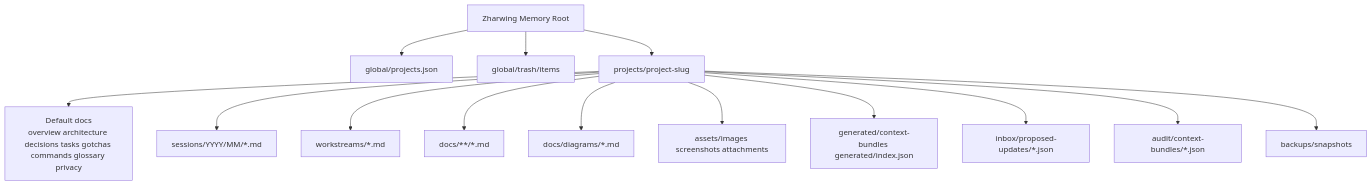
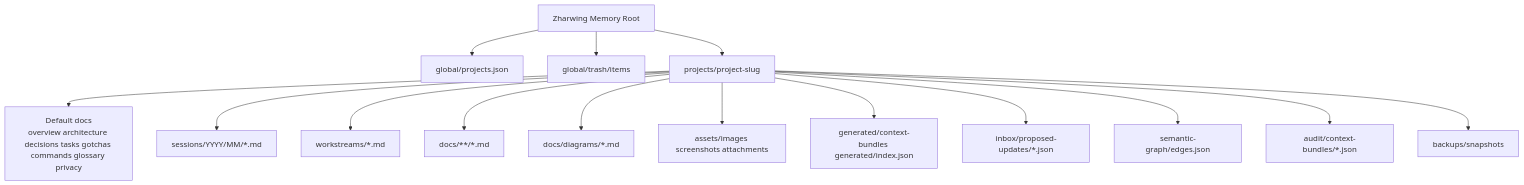
Before and after one commit to zharwing/memory: diagram 16 of 21 in docs/DIAGRAMS.md, drawn with Mermaid. The commit also changed other lines of this file and 7 other files, not shown here.

````diff
--- a/docs/DIAGRAMS.md
+++ b/docs/DIAGRAMS.md
@@ -566,31 +568,33 @@
 ```mermaid
 flowchart TB
   Root["Zharwing Memory Root"]
   Global["global/projects.json"]
   Trash["global/trash/items"]
   Project["projects/project-slug"]
   Defaults["Default docs\noverview architecture decisions tasks gotchas commands glossary privacy"]
   Sessions["sessions/YYYY/MM/*.md"]
   Workstreams["workstreams/*.md"]
   Docs["docs/**/*.md"]
   Diagrams["docs/diagrams/*.md"]
   Assets["assets/images screenshots attachments"]
   Generated["generated/context-bundles generated/index.json"]
   Inbox["inbox/proposed-updates/*.json"]
+  SemanticGraphStore["semantic-graph/edges.json"]
   Audit["audit/context-bundles/*.json"]
   Backups["backups/snapshots"]
 
   Root --> Global
   Root --> Trash
   Root --> Project
   Project --> Defaults
   Project --> Sessions
   Project --> Workstreams
   Project --> Docs
   Project --> Diagrams
   Project --> Assets
   Project --> Generated
   Project --> Inbox
+  Project --> SemanticGraphStore
   Project --> Audit
   Project --> Backups
 ```
````
